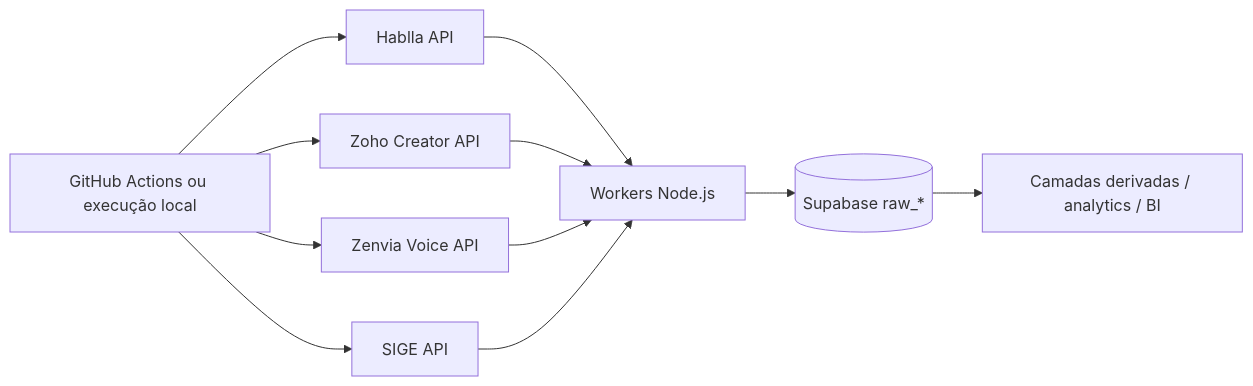
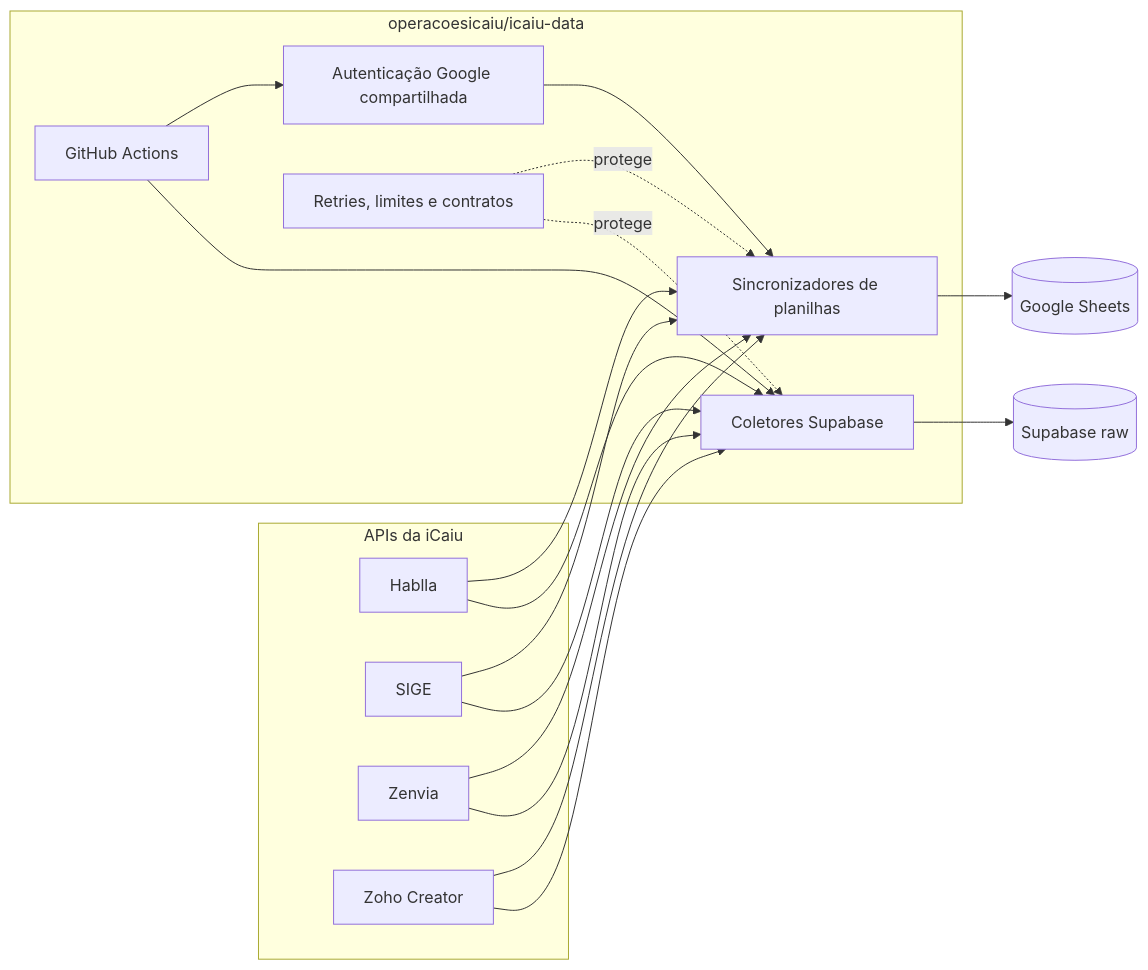
The first of 4 diagrams in README.md (operacoesicaiu/icaiu-data), drawn with Mermaid before and after one commit. The commit also changed other lines of this file and 89 other files, not shown here.

````diff
--- a/README.md
+++ b/README.md
@@ -40,13 +14,33 @@
 ```mermaid
 flowchart LR
-    GA[GitHub Actions ou execução local] --> API1[Hablla API]
-    GA --> API2[Zoho Creator API]
-    GA --> API3[Zenvia Voice API]
-    GA --> API4[SIGE API]
-    API1 --> APP[Workers Node.js]
-    API2 --> APP
-    API3 --> APP
-    API4 --> APP
-    APP --> SB[(Supabase raw_*)]
-    SB --> DER[Camadas derivadas / analytics / BI]
+    subgraph ORIGENS["APIs da iCaiu"]
+        H[Hablla]
+        S[SIGE]
+        Z[Zenvia]
+        C[Zoho Creator]
+    end
+
+    subgraph REPO["operacoesicaiu/icaiu-data"]
+        A[GitHub Actions]
+        G[Autenticação Google compartilhada]
+        SS[Sincronizadores de planilhas]
+        DB[Coletores Supabase]
+        R[Retries, limites e contratos]
+    end
+
+    GS[(Google Sheets)]
+    SB[(Supabase raw)]
+
+    A --> G --> SS --> GS
+    A --> DB --> SB
+    H --> SS
+    S --> SS
+    Z --> SS
+    C --> SS
+    H --> DB
+    S --> DB
+    Z --> DB
+    C --> DB
+    R -. protege .-> SS
+    R -. protege .-> DB
 ```
````
